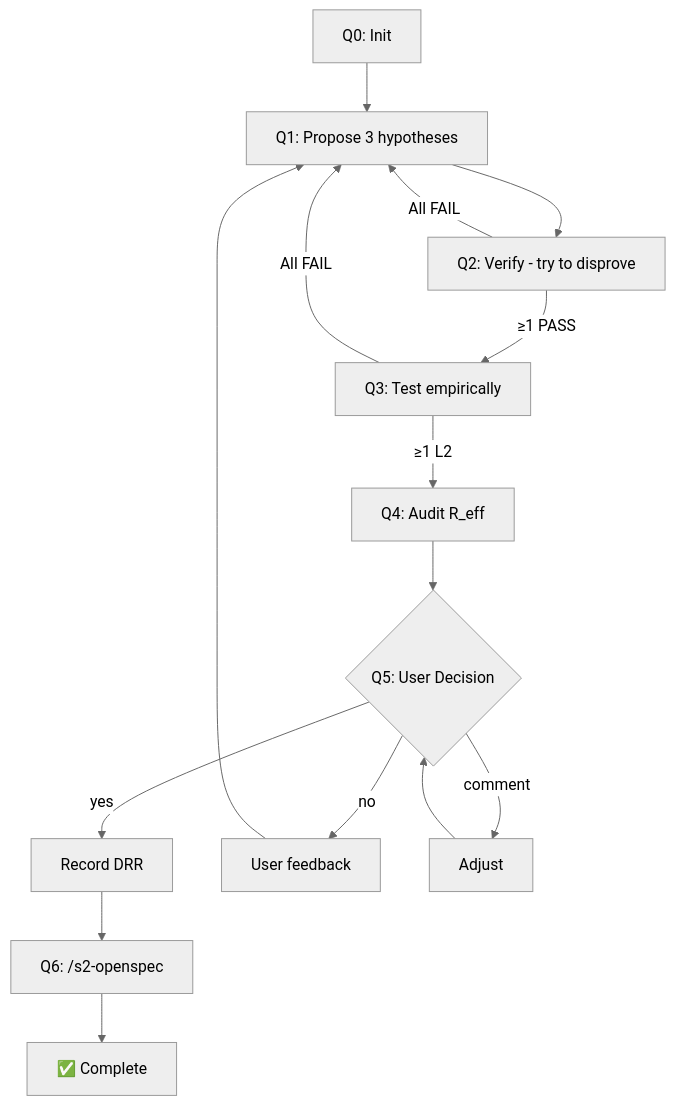
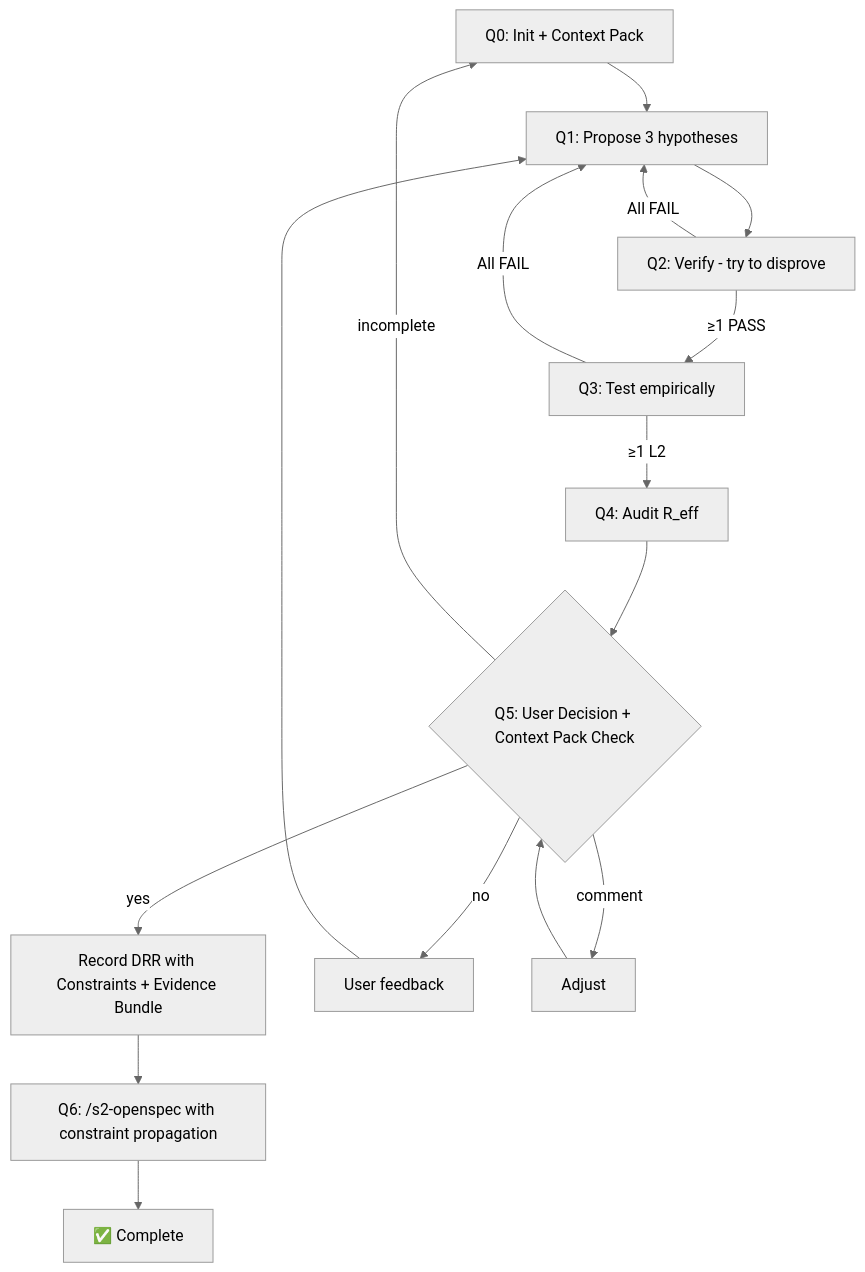
The diagram in s1-quint/SKILL.md (rlaksana/.sharing), drawn with Mermaid (neutral theme) before and after one commit. The commit also changed other lines of this file and 9 other files, not shown here.

````diff
--- a/s1-quint/SKILL.md
+++ b/s1-quint/SKILL.md
@@ -219,15 +370,16 @@
 ```mermaid
 flowchart TD
-    Q0[Q0: Init] --> Q1[Q1: Propose 3 hypotheses]
+    Q0[Q0: Init + Context Pack] --> Q1[Q1: Propose 3 hypotheses]
     Q1 --> Q2[Q2: Verify - try to disprove]
     Q2 -->|All FAIL| Q1
     Q2 -->|≥1 PASS| Q3[Q3: Test empirically]
     Q3 -->|All FAIL| Q1
     Q3 -->|≥1 L2| Q4[Q4: Audit R_eff]
-    Q4 --> Q5{Q5: User Decision}
-    Q5 -->|yes| DRR[Record DRR]
+    Q4 --> Q5{Q5: User Decision + Context Pack Check}
+    Q5 -->|incomplete| Q0
+    Q5 -->|yes| DRR[Record DRR with Constraints + Evidence Bundle]
     Q5 -->|no| FEEDBACK[User feedback] --> Q1
     Q5 -->|comment| ADJUST[Adjust] --> Q5
-    DRR --> Q6[Q6: /s2-openspec]
+    DRR --> Q6[Q6: /s2-openspec with constraint propagation]
     Q6 --> DONE[✅ Complete]
 ```
````
